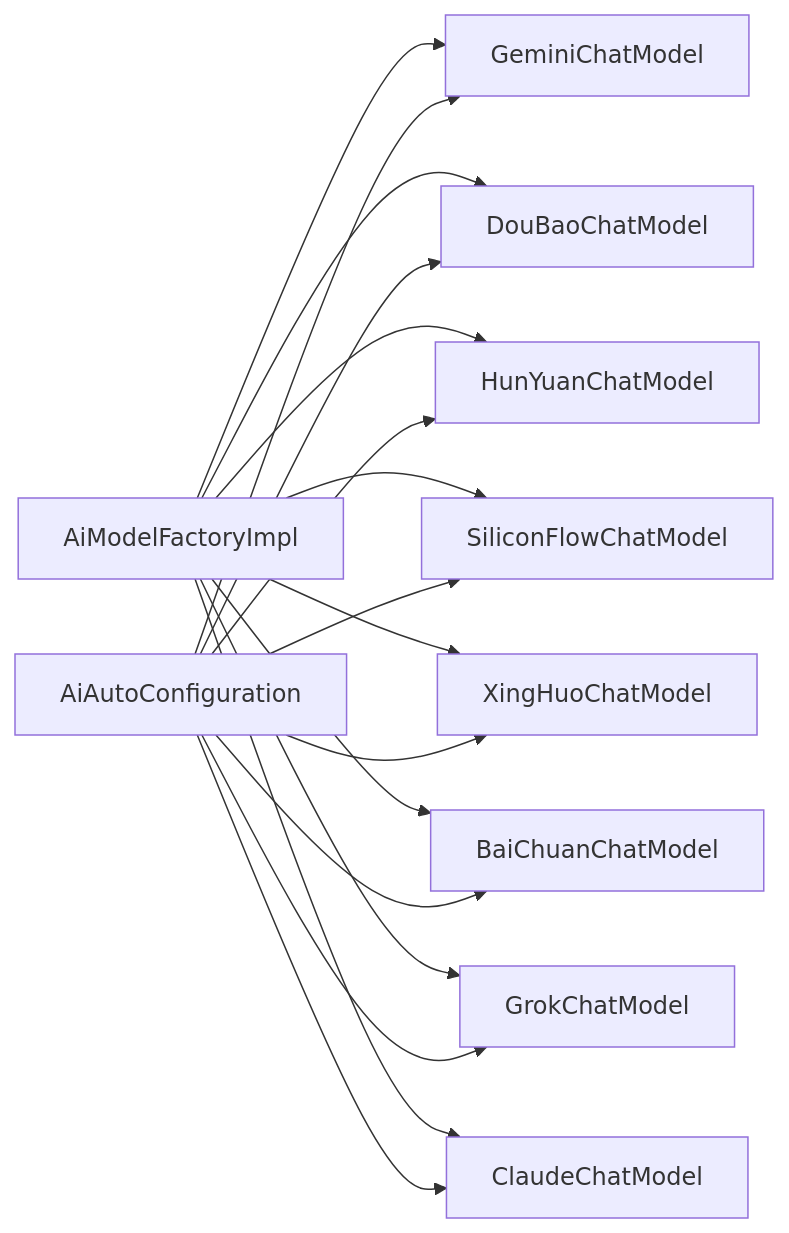
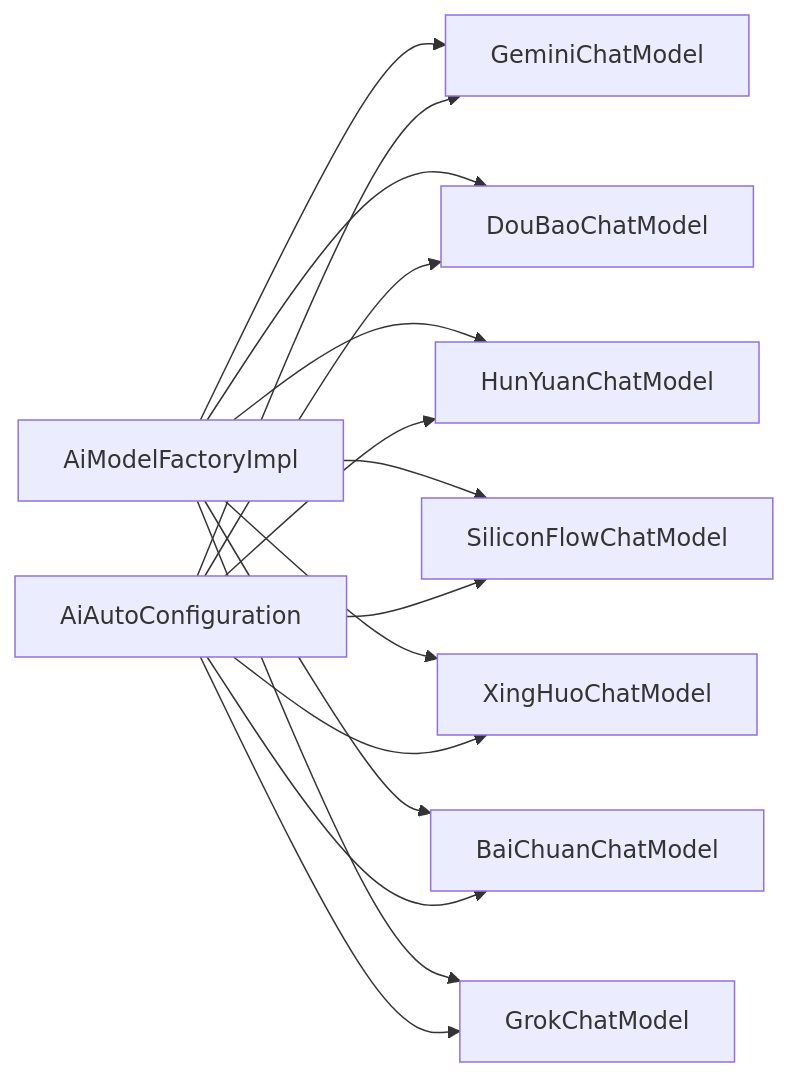
One commit to X555LB/data-ai changed the fourth of 4 diagrams in .qoder/repowiki/zh/content/AI模型管理/AI平台集成.md. Above: the diagram before and after it, drawn with Mermaid. The commit also changed other lines of this file and 11 other files, not shown here.

````diff
--- a/.qoder/repowiki/zh/content/AI模型管理/AI平台集成.md
+++ b/.qoder/repowiki/zh/content/AI模型管理/AI平台集成.md
@@ -385,19 +368,17 @@
 ```mermaid
 graph LR
 AFImpl["AiModelFactoryImpl"] --> GEM["GeminiChatModel"]
 AFImpl --> DOUB["DouBaoChatModel"]
 AFImpl --> HUNY["HunYuanChatModel"]
 AFImpl --> SIL["SiliconFlowChatModel"]
 AFImpl --> XH["XingHuoChatModel"]
 AFImpl --> BC["BaiChuanChatModel"]
 AFImpl --> GR["GrokChatModel"]
-AFImpl --> CLA["ClaudeChatModel"]
 AC["AiAutoConfiguration"] --> GEM
 AC --> DOUB
 AC --> HUNY
 AC --> SIL
 AC --> XH
 AC --> BC
 AC --> GR
-AC --> CLA
 ```
````
